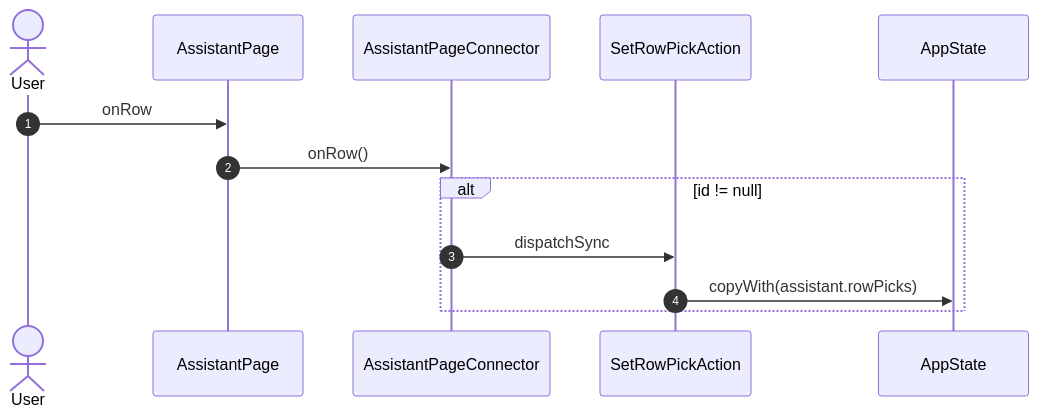
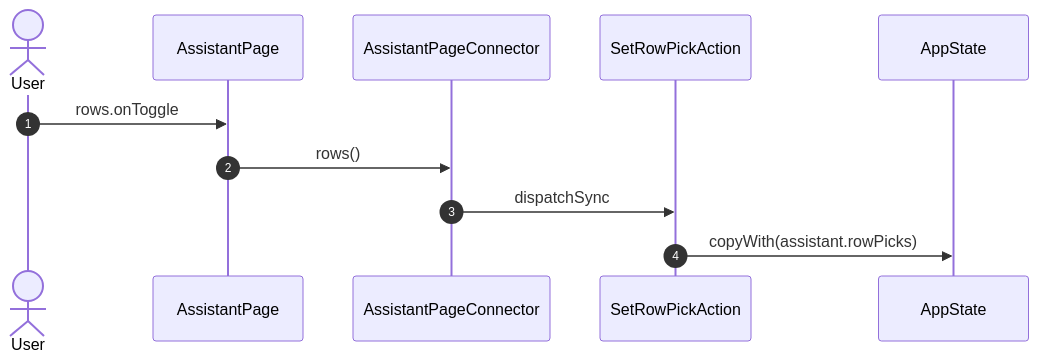
Before and after one commit to gencto/wyrm: the fifth of 23 diagrams in studio/docs/flows/assistant.md, drawn with Mermaid. The commit also changed other lines of this file and 94 other files, not shown here.

````diff
--- a/studio/docs/flows/assistant.md
+++ b/studio/docs/flows/assistant.md
@@ -92,16 +84,14 @@
 ```mermaid
 sequenceDiagram
     autonumber
     actor User
     participant UI as AssistantPage
     participant VM as AssistantPageConnector
     participant A1 as SetRowPickAction
     participant ST as AppState
 
-    User->>UI: onRow
-    UI->>VM: onRow()
-    alt id != null
-        VM->>A1: dispatchSync
-        A1->>ST: copyWith(assistant.rowPicks)
-    end
+    User->>UI: rows.onToggle
+    UI->>VM: rows()
+    VM->>A1: dispatchSync
+    A1->>ST: copyWith(assistant.rowPicks)
 ```
````
